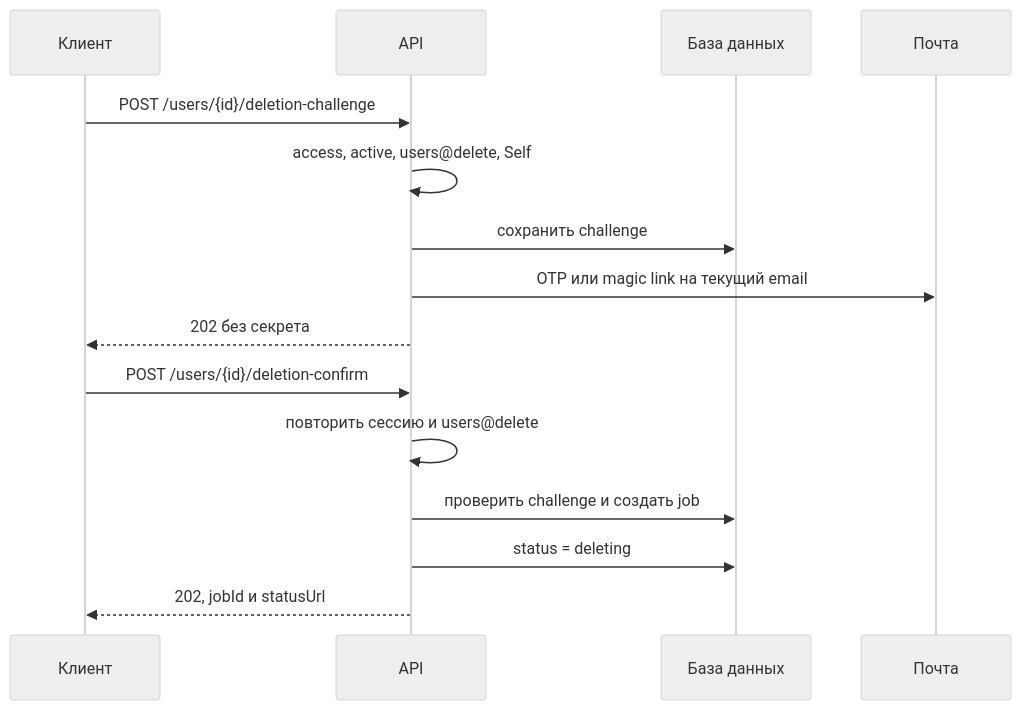
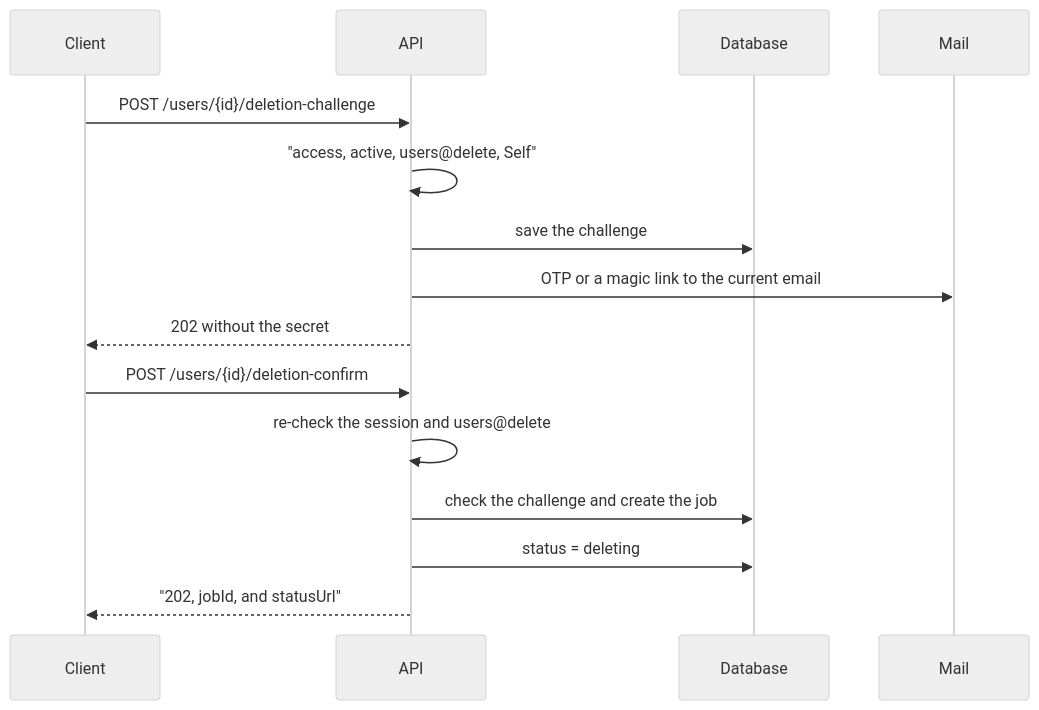
The first of 4 diagrams in courses-content/backend/A/1/en/3.1.6 Удаление пользователя.md (pavel-skripko-innowise/inno-fe-be-a1), drawn with Mermaid (neutral theme) before and after one commit. The commit also changed other lines of this file and 35 other files, not shown here.

````diff
--- a/courses-content/backend/A/1/en/3.1.6 Удаление пользователя.md
+++ b/courses-content/backend/A/1/en/3.1.6 Удаление пользователя.md
@@ -33,17 +33,17 @@
 ```mermaid
 sequenceDiagram
-  participant C as Клиент
+  participant C as Client
   participant A as API
-  participant D as База данных
-  participant M as Почта
+  participant D as Database
+  participant M as Mail
   C->>A: POST /users/{id}/deletion-challenge
-  A->>A: access, active, users@delete, Self
-  A->>D: сохранить challenge
-  A->>M: OTP или magic link на текущий email
-  A-->>C: 202 без секрета
+  A->>A: "access, active, users@delete, Self"
+  A->>D: save the challenge
+  A->>M: OTP or a magic link to the current email
+  A-->>C: 202 without the secret
   C->>A: POST /users/{id}/deletion-confirm
-  A->>A: повторить сессию и users@delete
-  A->>D: проверить challenge и создать job
+  A->>A: re-check the session and users@delete
+  A->>D: check the challenge and create the job
   A->>D: status = deleting
-  A-->>C: 202, jobId и statusUrl
+  A-->>C: "202, jobId, and statusUrl"
 ```
````
